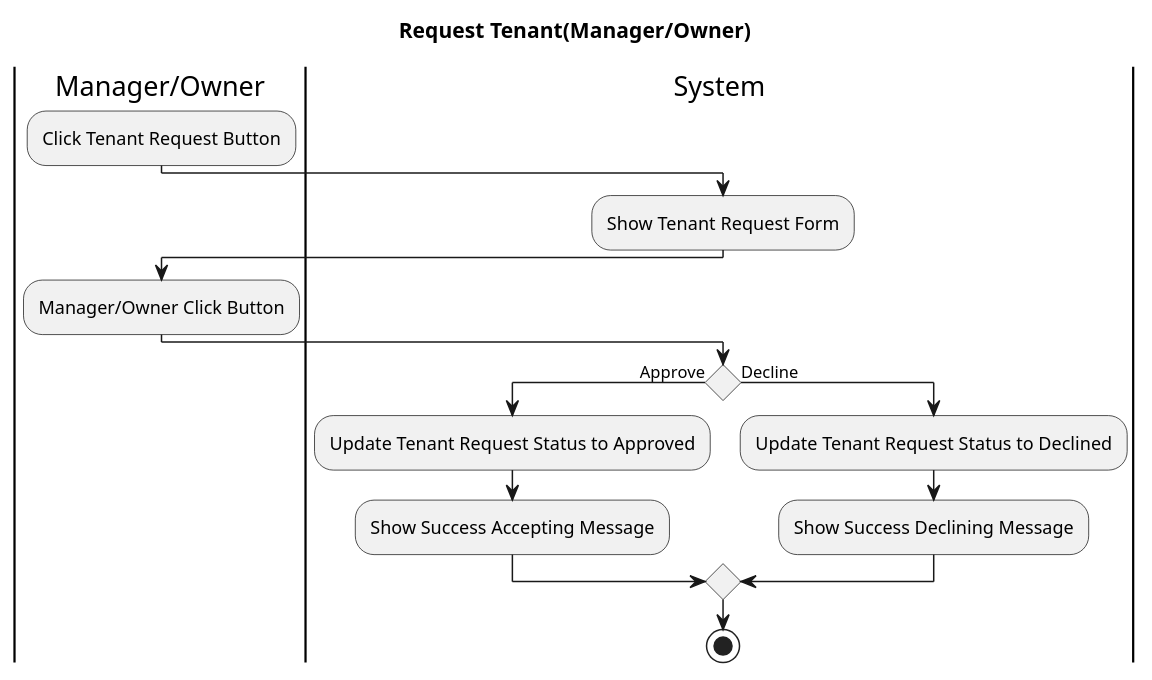
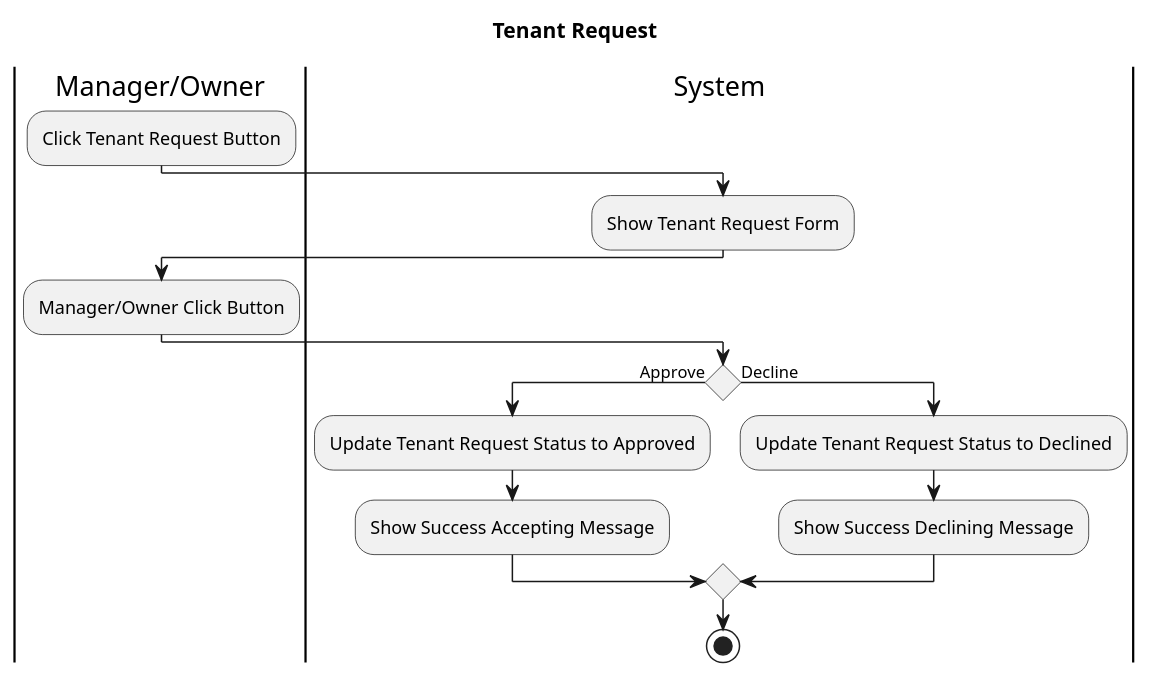
One commit to AntWort21/BHFMS changed the diagram in Design/BHFMS_ACTIVITY/Owner Manager/Request Tenant.puml. Above: the diagram before and after it, drawn with PlantUML. The commit also changed 75 other files, not shown here.

Commit message:
Fix Use Cases & ERD

```diff
--- a/Design/BHFMS_ACTIVITY/Owner Manager/Request Tenant.puml
+++ b/Design/BHFMS_ACTIVITY/Owner Manager/Request Tenant.puml
@@ -1,19 +1,19 @@
 @startuml
-title Request Tenant(Manager/Owner)
+title Tenant Request
 |Manager/Owner|
     :Click Tenant Request Button;
 |System|
     :Show Tenant Request Form;
 |Manager/Owner|
     :Manager/Owner Click Button;
 |System|
     If () then (Approve)
         :Update Tenant Request Status to Approved;
         :Show Success Accepting Message;
     else (Decline)
         :Update Tenant Request Status to Declined;
         :Show Success Declining Message;
     Endif
 stop
 
 @enduml
```
